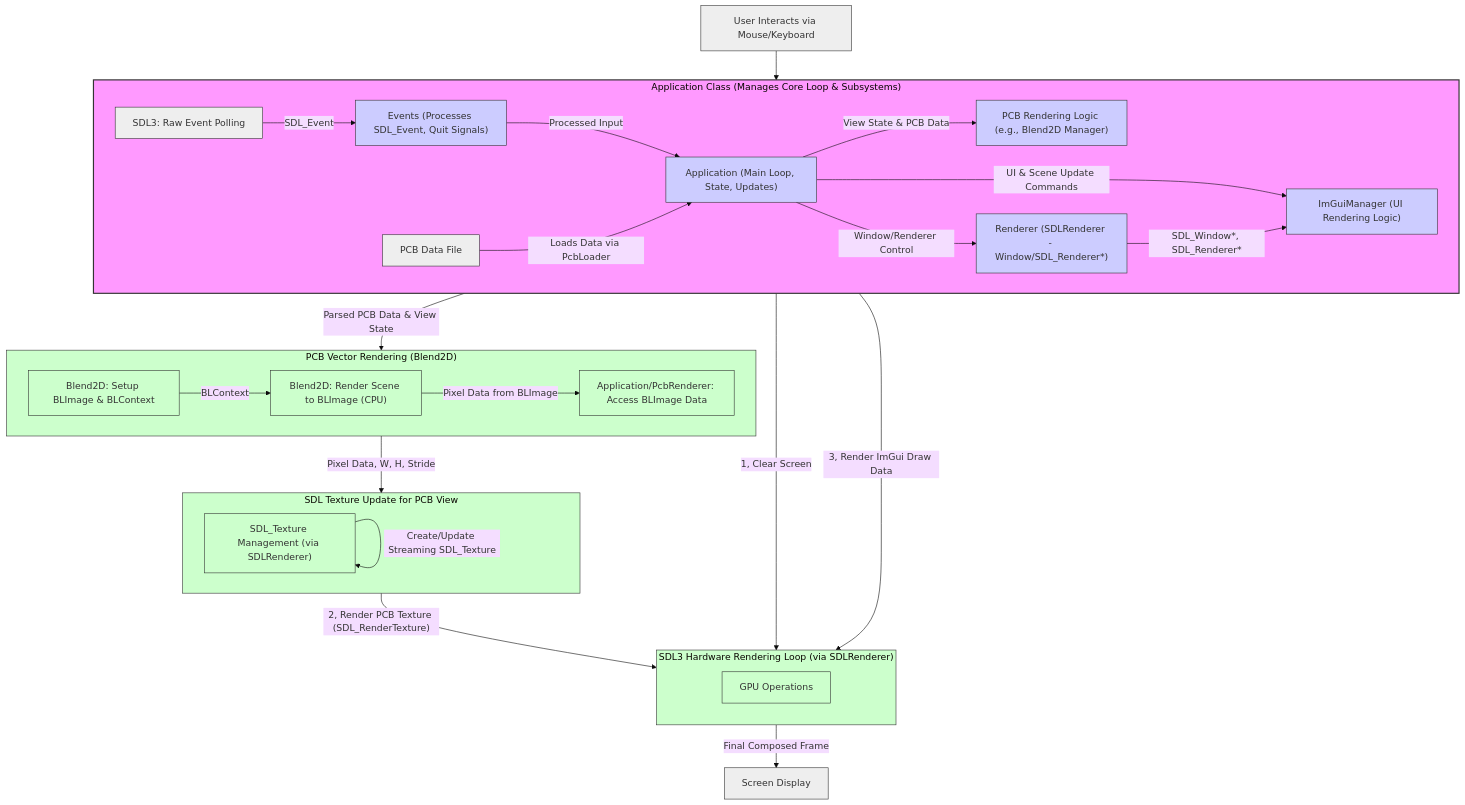
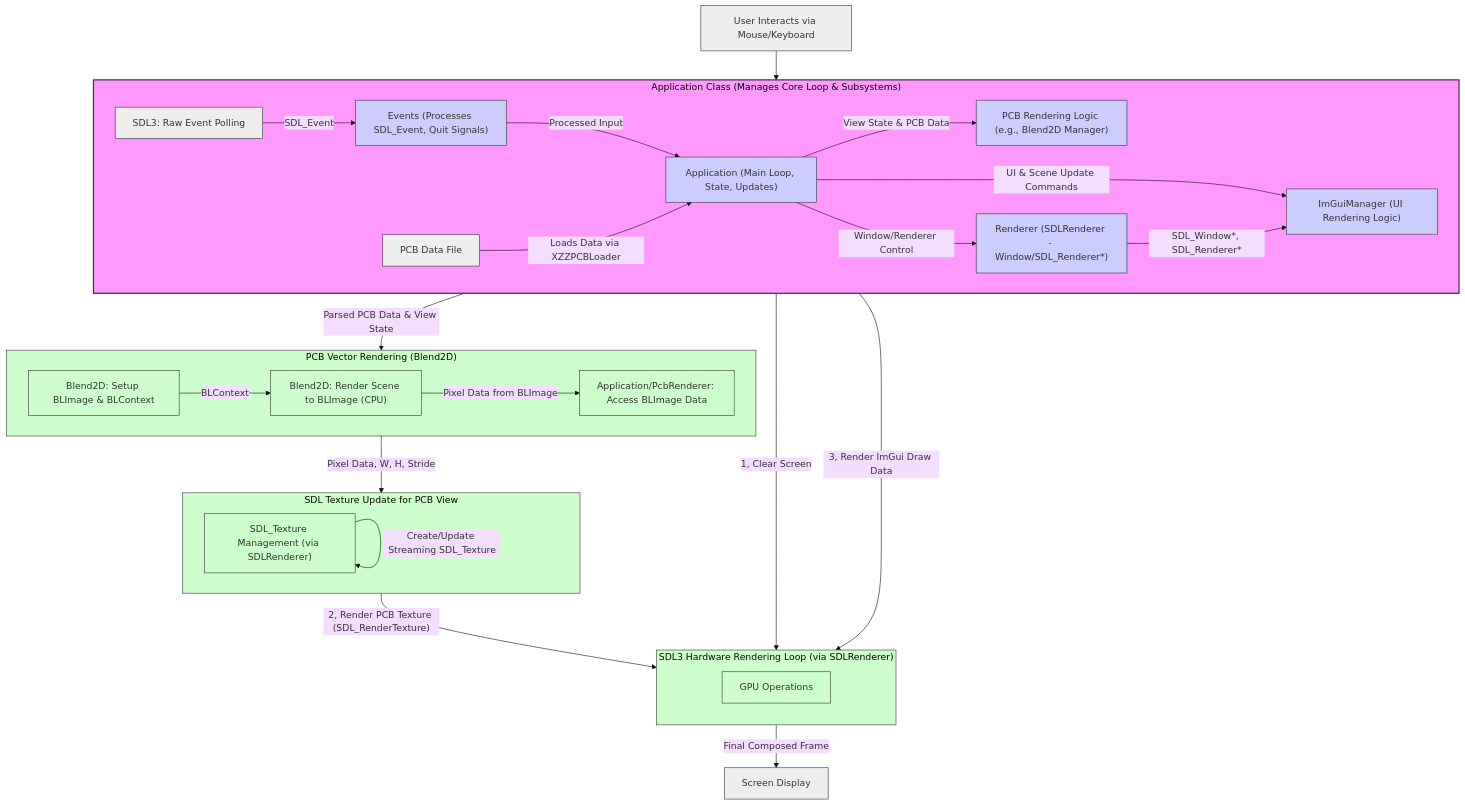
Before and after one commit to sjohnson1021/XZZPCB-Layer-Viewer: the diagram in index.md, drawn with Mermaid (base theme). The commit also changed other lines of this file and 28 other files, not shown here.

First line of the commit message:
Refactor PCB loading and rendering architecture for improved modularity and performance

````diff
--- a/index.md
+++ b/index.md
@@ -7,48 +7,48 @@
 ```mermaid
 graph TD
     A[User Interacts via Mouse/Keyboard] --> B_SDL3_Events[SDL3: Raw Event Polling];
 
     subgraph CoreApplication ["Application Class (Manages Core Loop & Subsystems)"]
         direction LR
         B_SDL3_Events -- SDL_Event --> BA_EventManager["Events (Processes SDL_Event, Quit Signals)"];
         BA_EventManager -- Processed Input --> BB_AppControl["Application (Main Loop, State, Updates)"];
-        D_DataFile[PCB Data File] -- Loads Data via PcbLoader --> BB_AppControl;
+        D_DataFile[PCB Data File] -- Loads Data via XZZPCBLoader --> BB_AppControl;
         BB_AppControl -- UI & Scene Update Commands --> BC_ImGuiManager["ImGuiManager (UI Rendering Logic)"];
         BB_AppControl -- View State & PCB Data --> BD_PcbRenderer["PCB Rendering Logic (e.g., Blend2D Manager)"];
         BB_AppControl -- Window/Renderer Control --> BE_Renderer["Renderer (SDLRenderer - Window/SDL_Renderer*)"];
         BE_Renderer -- SDL_Window*, SDL_Renderer* --> BC_ImGuiManager;
     end
 
     subgraph PcbRenderingPipeline ["PCB Vector Rendering (Blend2D)"]
         direction LR
         BD_PcbRenderer -- Parsed PCB Data & View State --> E_Blend2D_Setup["Blend2D: Setup BLImage & BLContext"];
         E_Blend2D_Setup -- BLContext --> F_Blend2D_Render["Blend2D: Render Scene to BLImage (CPU)"];
         F_Blend2D_Render -- Pixel Data from BLImage --> G_App_PostBlend2D["Application/PcbRenderer: Access BLImage Data"];
     end
 
     subgraph SdlTextureUpdate ["SDL Texture Update for PCB View"]
         direction LR
         G_App_PostBlend2D -- Pixel Data, W, H, Stride --> H_SDL3_Texture["SDL_Texture Management (via SDLRenderer)"];
         H_SDL3_Texture -- Create/Update Streaming SDL_Texture --> H_SDL3_Texture;
     end
     
     subgraph SdlHardwareRendering ["SDL3 Hardware Rendering Loop (via SDLRenderer)"]
         direction TB
         BE_Renderer -- "1, Clear Screen" --> K_GPU_Ops[GPU Operations];
         H_SDL3_Texture -- "2, Render PCB Texture (SDL_RenderTexture)" --> K_GPU_Ops;
         BC_ImGuiManager -- "3, Render ImGui Draw Data" --> K_GPU_Ops;
     end
 
     K_GPU_Ops -- Final Composed Frame --> L_Screen[Screen Display];
 
     classDef appStyle fill:#f9f,stroke:#333,stroke-width:2px;
     classDef subsystemStyle fill:#ccf,stroke:#333,stroke-width:1px;
     classDef pipelineStyle fill:#cfc,stroke:#333,stroke-width:1px;
     classDef externalStyle fill:#eee,stroke:#333,stroke-width:1px;
 
     class A,B_SDL3_Events,D_DataFile,L_Screen externalStyle;
     class CoreApplication appStyle;
     class BA_EventManager,BB_AppControl,BC_ImGuiManager,BD_PcbRenderer,BE_Renderer subsystemStyle;
     class PcbRenderingPipeline,SdlTextureUpdate,SdlHardwareRendering pipelineStyle;
     class E_Blend2D_Setup,F_Blend2D_Render,G_App_PostBlend2D,H_SDL3_Texture,K_GPU_Ops pipelineStyle;
 ```
````
